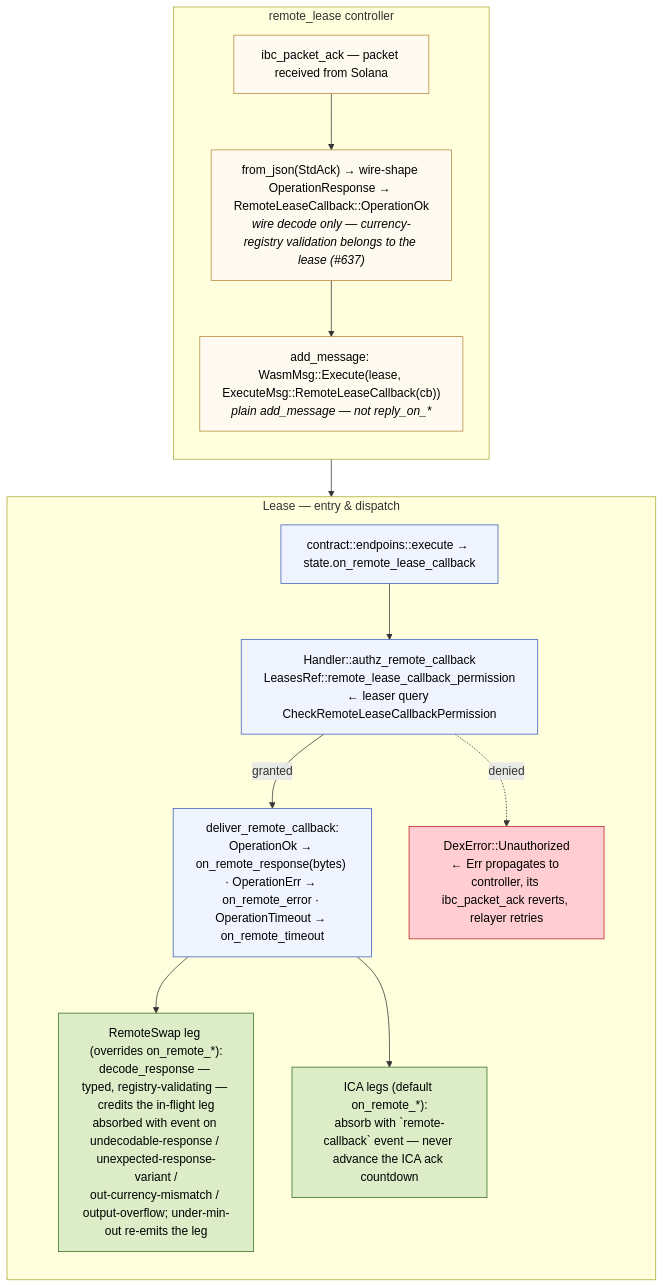
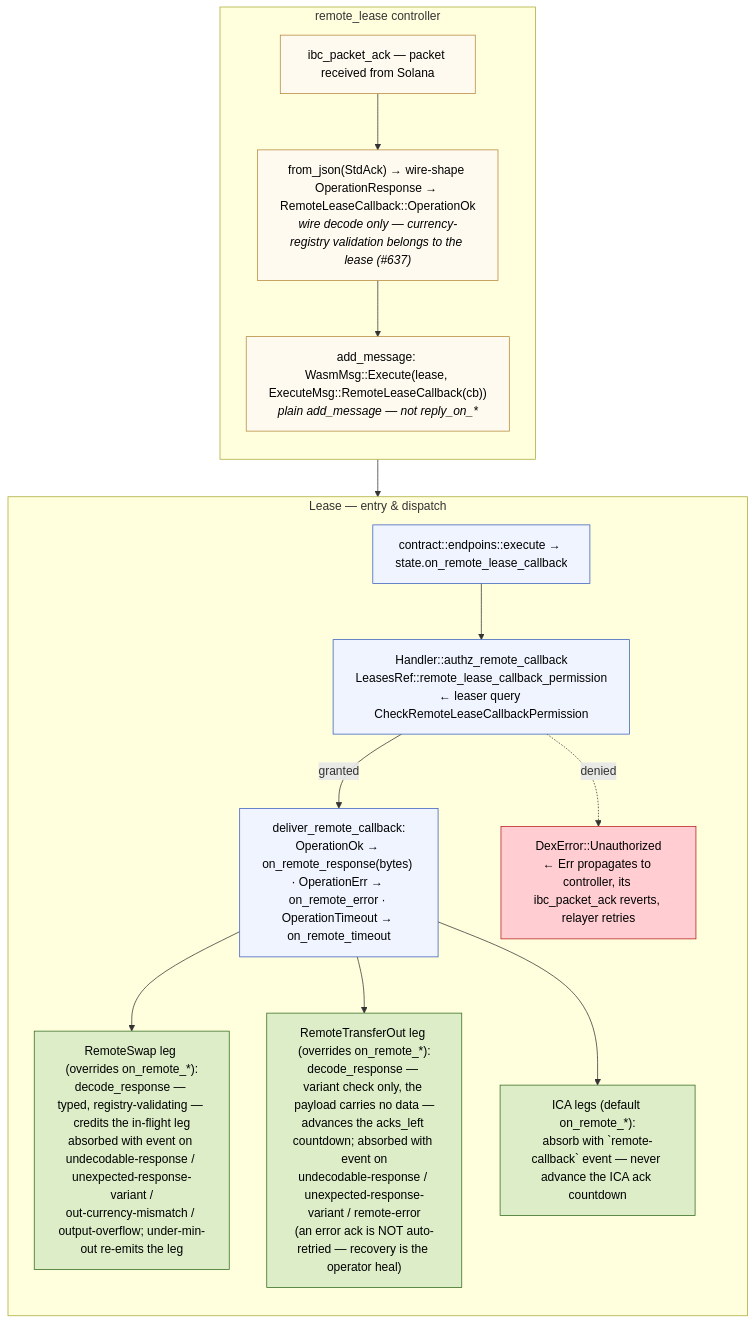
One commit to nolus-protocol/nolus-money-market changed the first of 2 diagrams in protocol/docs/remote-lease-callback-flow.md. Above: the diagram before and after it, drawn with Mermaid. The commit also changed other lines of this file, not shown here.

First line of the commit message:
docs: trace the drain-home leg in the callback flow

````diff
--- a/protocol/docs/remote-lease-callback-flow.md
+++ b/protocol/docs/remote-lease-callback-flow.md
@@ -19,30 +19,32 @@
 ```mermaid
 flowchart TD
     classDef ctrl   fill:#fefaf0,stroke:#b6883a,color:#000;
     classDef lease  fill:#f0f4ff,stroke:#3a5dbe,color:#000;
     classDef ok     fill:#dcedc8,stroke:#33691e,color:#000;
     classDef err    fill:#ffcdd2,stroke:#b71c1c,color:#000;
 
     subgraph Controller[remote_lease controller]
         direction TB
         Ack["ibc_packet_ack — packet received from Solana"]:::ctrl
         Decode["from_json(StdAck) → wire-shape OperationResponse → RemoteLeaseCallback::OperationOk<br/><i>wire decode only — currency-registry validation belongs to the lease (#637)</i>"]:::ctrl
         WasmExec["add_message: WasmMsg::Execute(lease, ExecuteMsg::RemoteLeaseCallback(cb))<br/><i>plain add_message — not reply_on_*</i>"]:::ctrl
         Ack --> Decode --> WasmExec
     end
 
     subgraph LeaseEntry[Lease — entry & dispatch]
         direction TB
         ExecEntry["contract::endpoins::execute → state.on_remote_lease_callback"]:::lease
         Auth["Handler::authz_remote_callback<br/>LeasesRef::remote_lease_callback_permission<br/>← leaser query CheckRemoteLeaseCallbackPermission"]:::lease
         Classify["deliver_remote_callback:<br/>OperationOk → on_remote_response(bytes) · OperationErr → on_remote_error · OperationTimeout → on_remote_timeout"]:::lease
         RemoteLeg["RemoteSwap leg (overrides on_remote_*):<br/>decode_response — typed, registry-validating — credits the in-flight leg<br/>absorbed with event on undecodable-response / unexpected-response-variant /<br/>out-currency-mismatch / output-overflow; under-min-out re-emits the leg"]:::ok
+        DrainLeg["RemoteTransferOut leg (overrides on_remote_*):<br/>decode_response — variant check only, the payload carries no data —<br/>advances the acks_left countdown; absorbed with event on<br/>undecodable-response / unexpected-response-variant / remote-error<br/>(an error ack is NOT auto-retried — recovery is the operator heal)"]:::ok
         IcaLeg["ICA legs (default on_remote_*):<br/>absorb with `remote-callback` event — never advance the ICA ack countdown"]:::ok
         ExecEntry --> Auth -->|granted| Classify
         Classify --> RemoteLeg
+        Classify --> DrainLeg
         Classify --> IcaLeg
         Auth -. denied .-> AuthErr["DexError::Unauthorized<br/>← Err propagates to controller, its ibc_packet_ack reverts, relayer retries"]:::err
     end
 
     WasmExec --> ExecEntry
 ```
````
